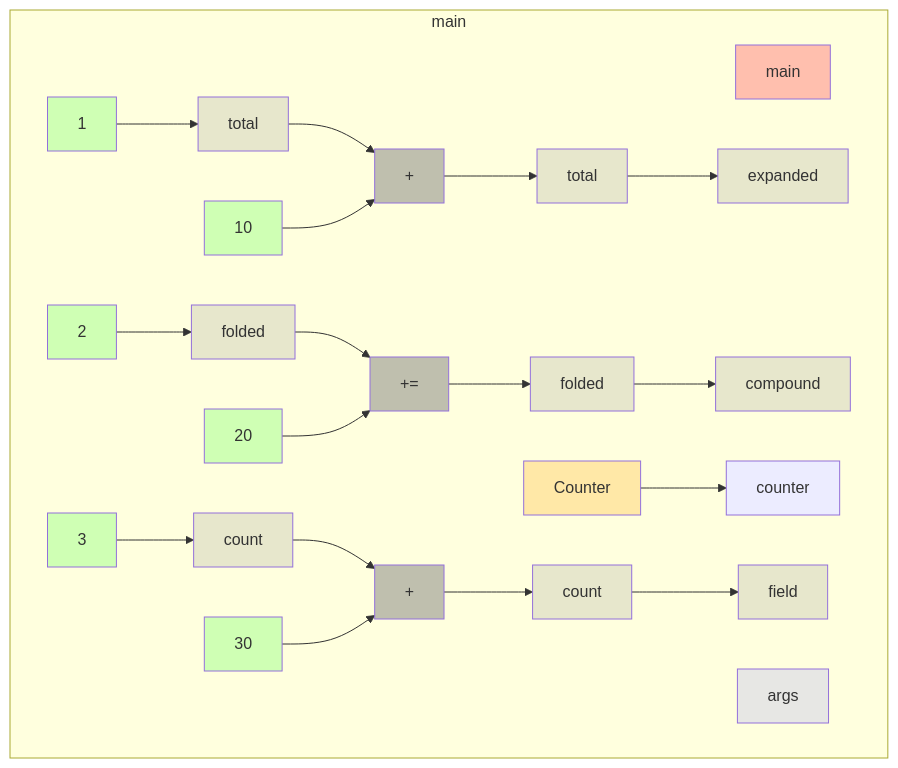
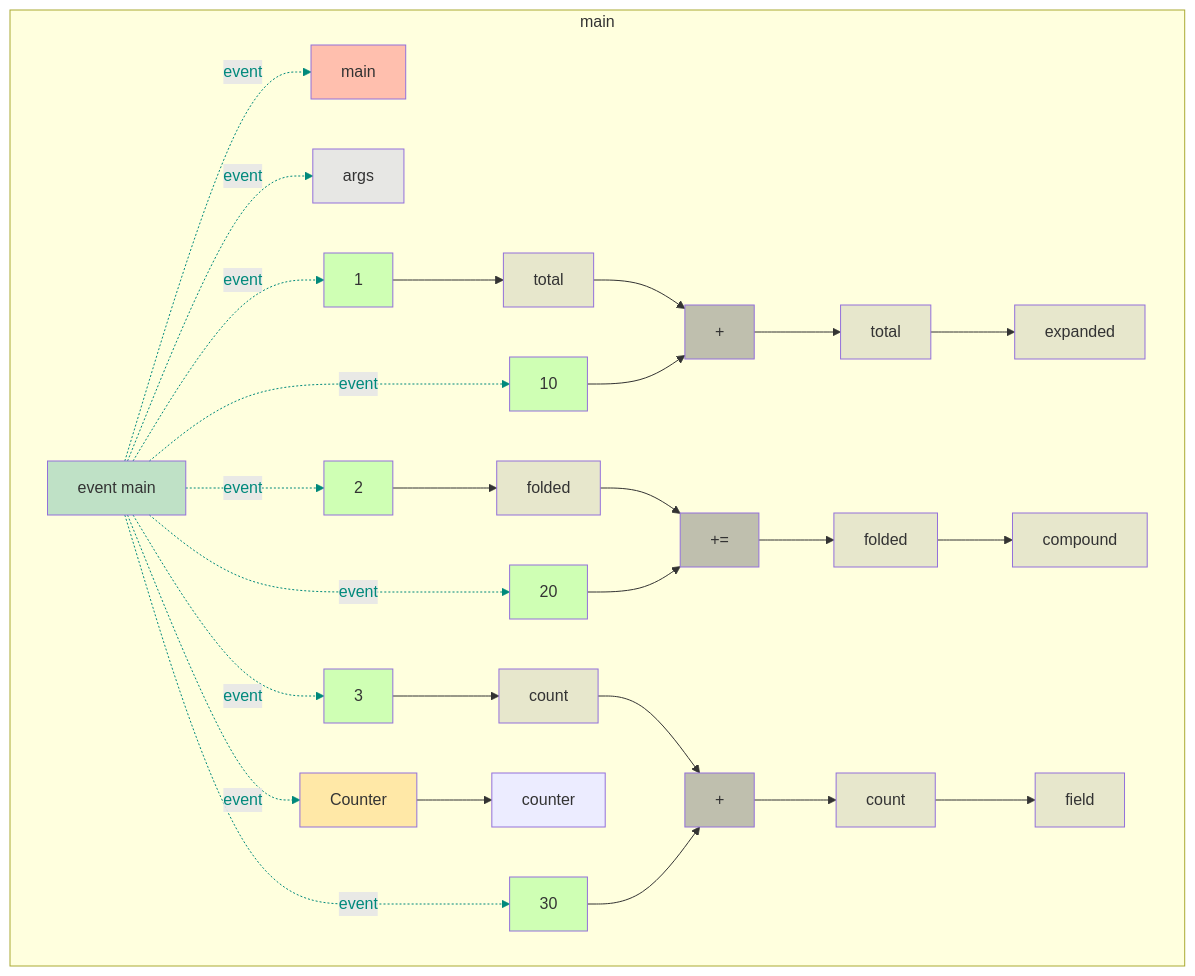
The diagram in app/src/test/resources/selfAssignment/snapshot.md (gstiebler/codeflow), drawn with Mermaid before and after one commit. The commit also changed 77 other files, not shown here.

````diff
--- a/app/src/test/resources/selfAssignment/snapshot.md
+++ b/app/src/test/resources/selfAssignment/snapshot.md
@@ -1,50 +1,70 @@
 ```mermaid
 flowchart TD
   subgraph b0["main"]
-    n1[main]:::RETURN
-    n2[args]:::FUNC_PARAM
-    n3[1]:::LITERAL
-    n4[total]:::VARIABLE
-    n5[10]:::LITERAL
-    n6[+]:::BIN_OP
-    n7[total]:::VARIABLE
-    n8[expanded]:::VARIABLE
-    n9[2]:::LITERAL
-    n10[folded]:::VARIABLE
-    n11[20]:::LITERAL
-    n12[+=]:::BIN_OP
-    n13[folded]:::VARIABLE
-    n14[compound]:::VARIABLE
-    n15[Counter]:::EXTERNAL
-    n16[counter]:::OBJ_VARIABLE
-    n17[3]:::LITERAL
-    n18[count]:::VARIABLE
-    n19[30]:::LITERAL
-    n20[+]:::BIN_OP
-    n21[count]:::VARIABLE
-    n22[field]:::VARIABLE
-    n3[1]:::LITERAL --> n4[total]:::VARIABLE
-    n4[total]:::VARIABLE --> n6[+]:::BIN_OP
-    n5[10]:::LITERAL --> n6[+]:::BIN_OP
-    n6[+]:::BIN_OP --> n7[total]:::VARIABLE
-    n7[total]:::VARIABLE --> n8[expanded]:::VARIABLE
-    n9[2]:::LITERAL --> n10[folded]:::VARIABLE
-    n10[folded]:::VARIABLE --> n12[+=]:::BIN_OP
-    n11[20]:::LITERAL --> n12[+=]:::BIN_OP
-    n12[+=]:::BIN_OP --> n13[folded]:::VARIABLE
-    n13[folded]:::VARIABLE --> n14[compound]:::VARIABLE
-    n15[Counter]:::EXTERNAL --> n16[counter]:::OBJ_VARIABLE
-    n17[3]:::LITERAL --> n18[count]:::VARIABLE
-    n18[count]:::VARIABLE --> n20[+]:::BIN_OP
-    n19[30]:::LITERAL --> n20[+]:::BIN_OP
-    n20[+]:::BIN_OP --> n21[count]:::VARIABLE
-    n21[count]:::VARIABLE --> n22[field]:::VARIABLE
+    n1[event main]:::EVENT
+    n2[main]:::RETURN
+    n3[args]:::FUNC_PARAM
+    n4[1]:::LITERAL
+    n5[total]:::VARIABLE
+    n6[10]:::LITERAL
+    n7[+]:::BIN_OP
+    n8[total]:::VARIABLE
+    n9[expanded]:::VARIABLE
+    n10[2]:::LITERAL
+    n11[folded]:::VARIABLE
+    n12[20]:::LITERAL
+    n13[+=]:::BIN_OP
+    n14[folded]:::VARIABLE
+    n15[compound]:::VARIABLE
+    n16[Counter]:::EXTERNAL
+    n17[counter]:::OBJ_VARIABLE
+    n18[3]:::LITERAL
+    n19[count]:::VARIABLE
+    n20[30]:::LITERAL
+    n21[+]:::BIN_OP
+    n22[count]:::VARIABLE
+    n23[field]:::VARIABLE
+    n1[event main]:::EVENT -. event .-> n2[main]:::RETURN
+    n1[event main]:::EVENT -. event .-> n3[args]:::FUNC_PARAM
+    n1[event main]:::EVENT -. event .-> n4[1]:::LITERAL
+    n1[event main]:::EVENT -. event .-> n6[10]:::LITERAL
+    n1[event main]:::EVENT -. event .-> n10[2]:::LITERAL
+    n1[event main]:::EVENT -. event .-> n12[20]:::LITERAL
+    n1[event main]:::EVENT -. event .-> n16[Counter]:::EXTERNAL
+    n1[event main]:::EVENT -. event .-> n18[3]:::LITERAL
+    n1[event main]:::EVENT -. event .-> n20[30]:::LITERAL
+    n4[1]:::LITERAL --> n5[total]:::VARIABLE
+    n5[total]:::VARIABLE --> n7[+]:::BIN_OP
+    n6[10]:::LITERAL --> n7[+]:::BIN_OP
+    n7[+]:::BIN_OP --> n8[total]:::VARIABLE
+    n8[total]:::VARIABLE --> n9[expanded]:::VARIABLE
+    n10[2]:::LITERAL --> n11[folded]:::VARIABLE
+    n11[folded]:::VARIABLE --> n13[+=]:::BIN_OP
+    n12[20]:::LITERAL --> n13[+=]:::BIN_OP
+    n13[+=]:::BIN_OP --> n14[folded]:::VARIABLE
+    n14[folded]:::VARIABLE --> n15[compound]:::VARIABLE
+    n16[Counter]:::EXTERNAL --> n17[counter]:::OBJ_VARIABLE
+    n18[3]:::LITERAL --> n19[count]:::VARIABLE
+    n19[count]:::VARIABLE --> n21[+]:::BIN_OP
+    n20[30]:::LITERAL --> n21[+]:::BIN_OP
+    n21[+]:::BIN_OP --> n22[count]:::VARIABLE
+    n22[count]:::VARIABLE --> n23[field]:::VARIABLE
   end
+  linkStyle 0 stroke:#00897b,color:#00897b
+  linkStyle 1 stroke:#00897b,color:#00897b
+  linkStyle 2 stroke:#00897b,color:#00897b
+  linkStyle 3 stroke:#00897b,color:#00897b
+  linkStyle 4 stroke:#00897b,color:#00897b
+  linkStyle 5 stroke:#00897b,color:#00897b
+  linkStyle 6 stroke:#00897b,color:#00897b
+  linkStyle 7 stroke:#00897b,color:#00897b
+  linkStyle 8 stroke:#00897b,color:#00897b
   classDef LITERAL fill:#00FF0030
   classDef VARIABLE fill:#80808030
   classDef BIN_OP fill:#80808080
   classDef FUNC_PARAM fill:#8080FF30
   classDef RETURN fill:#FF808080
   classDef EXTERNAL fill:#FFA50040
   classDef UNMODELLED fill:#FF000030,stroke-dasharray: 4 2
+  classDef EVENT fill:#00897B40
 ```
````
